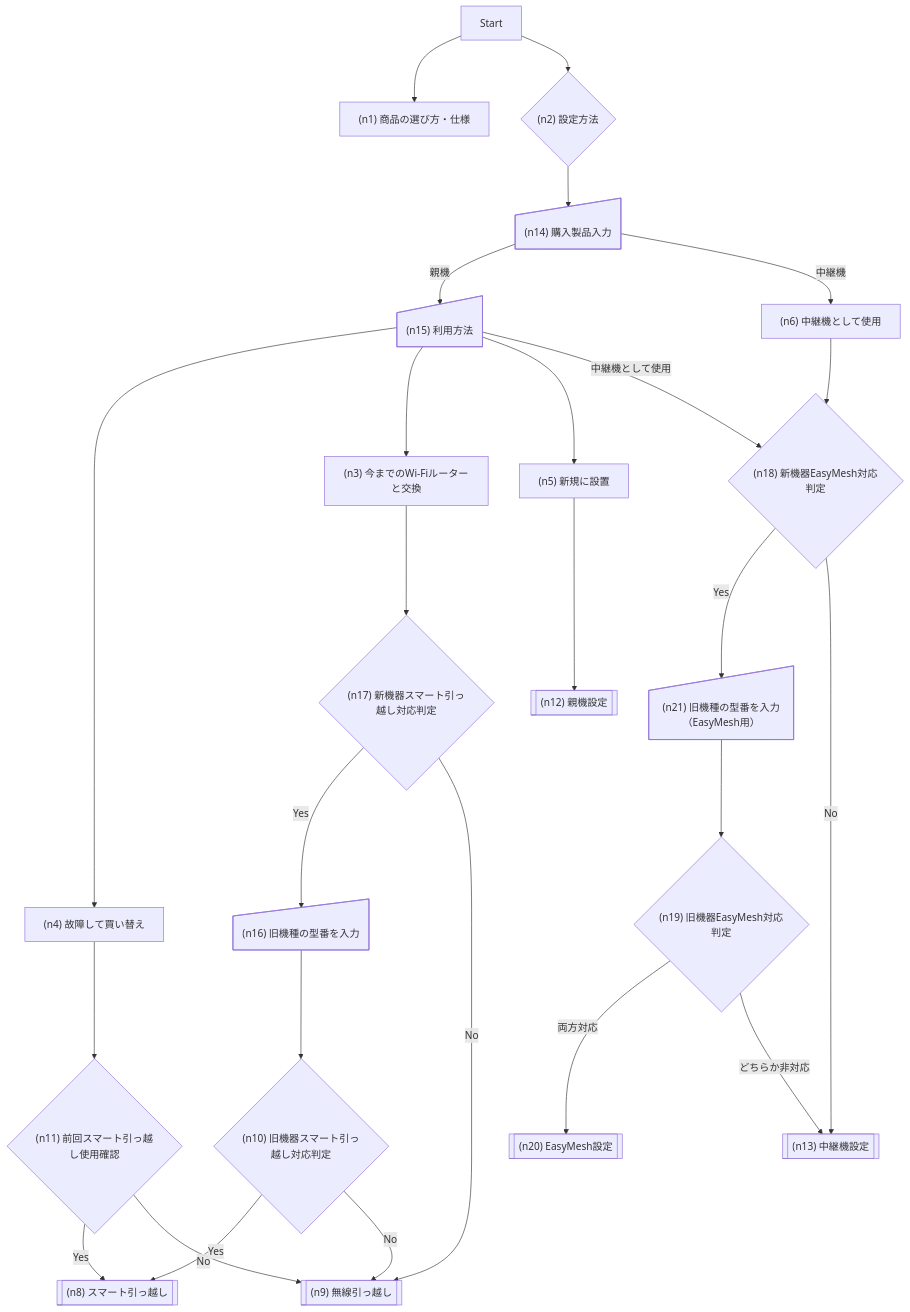
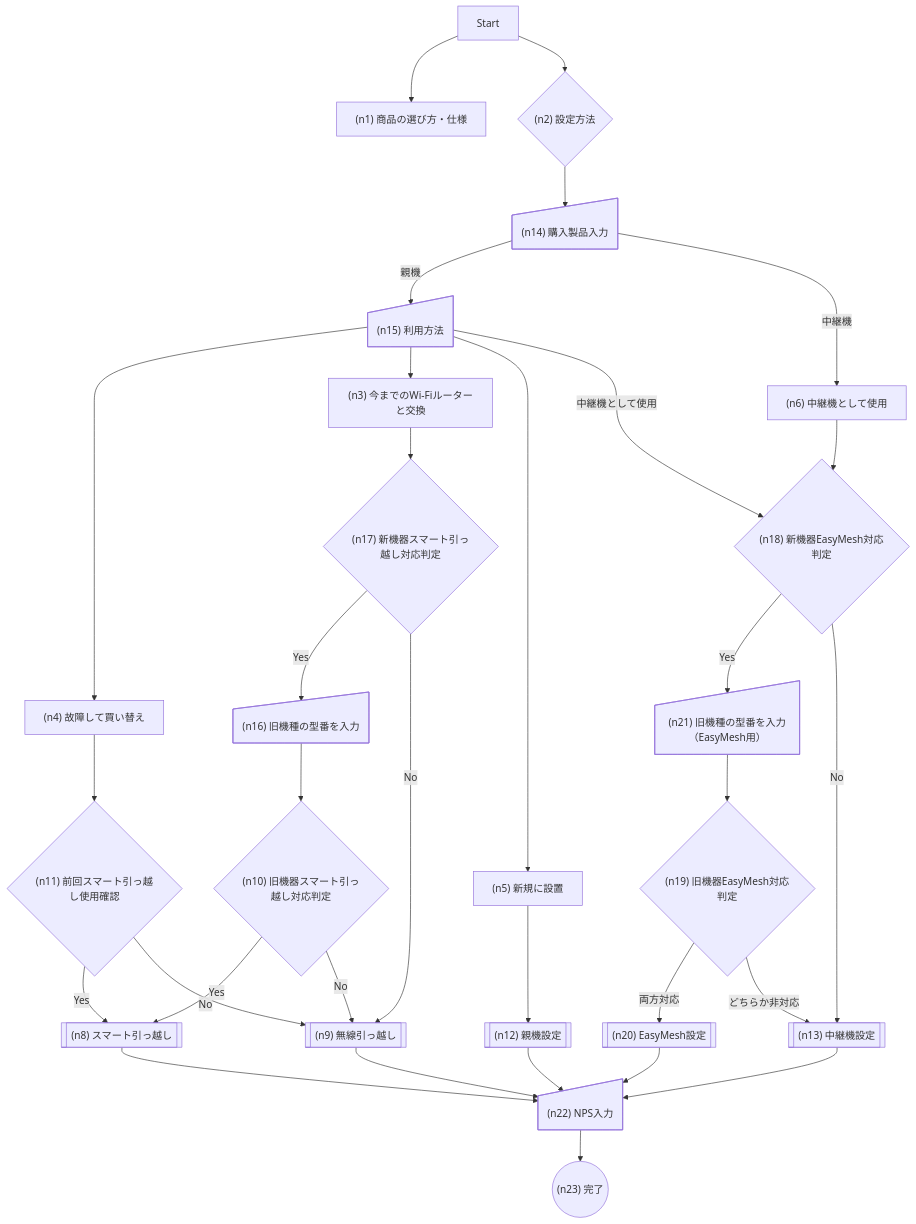
One commit to murai-buffalo/support-flow changed the diagram in docs/flow/start.mermaid. Above: the diagram before and after it, drawn with Mermaid. The commit also changed 6 other files, not shown here.

```diff
--- a/docs/flow/start.mermaid
+++ b/docs/flow/start.mermaid
@@ -1,46 +1,56 @@
 ---
 config:
   layout: dagre
 ---
 flowchart TD
     start["Start"] --> n1["(n1) 商品の選び方・仕様"] & n2["(n2) 設定方法"]
     n2 --> n14["(n14) 購入製品入力"]
     n14 -- 親機 --> n15["(n15) 利用方法"]
     n14 -- 中継機 --> n6["(n6) 中継機として使用"]
     n15 --> n4 & n3 & n5
     n15 -- "中継機として使用" --> n18["(n18) 新機器EasyMesh対応判定"]
     
     n3["(n3) 今までのWi-Fiルーターと交換"] --> n17["(n17) 新機器スマート引っ越し対応判定"]
     n17 -- Yes --> n16["(n16) 旧機種の型番を入力"]
     n17 -- No --> n9["(n9) 無線引っ越し"]
     n16 --> n10["(n10) 旧機器スマート引っ越し対応判定"]
     n10 -- Yes --> n8["(n8) スマート引っ越し"]
     n10 -- No --> n9
 
     n4["(n4) 故障して買い替え"] --> n11["(n11) 前回スマート引っ越し使用確認"]
     n11 -- Yes --> n8
     n11 -- No --> n9
 
     n5["(n5) 新規に設置"] --> n12["(n12) 親機設定"]
     n6 --> n18["(n18) 新機器EasyMesh対応判定"]
     n18 -- Yes --> n21["(n21) 旧機種の型番を入力（EasyMesh用）"]
     n18 -- No --> n13["(n13) 中継機設定"]
     n21 --> n19["(n19) 旧機器EasyMesh対応判定"]
     n19 -- "両方対応" --> n20["(n20) EasyMesh設定"]
     n19 -- "どちらか非対応" --> n13
     
+    %% 設定完了後のNPS入力画面への遷移
+    n8 --> n22["(n22) NPS入力"]
+    n9 --> n22
+    n12 --> n22
+    n13 --> n22
+    n20 --> n22
+    n22 --> n23["(n23) 完了"]
+    
     n2@{ shape: diam}
     n14@{ shape: manual-input}
     n15@{ shape: manual-input}
     n17@{ shape: diam}
     n16@{ shape: manual-input}
     n21@{ shape: manual-input}
     n10@{ shape: diam}
     n11@{ shape: diam}
     n18@{ shape: diam}
     n19@{ shape: diam}
     n8@{ shape: subproc}
     n9@{ shape: subproc}
     n12@{ shape: subproc}
     n13@{ shape: subproc}
     n20@{ shape: subproc}
+    n22@{ shape: manual-input}
+    n23@{ shape: circle}
```
